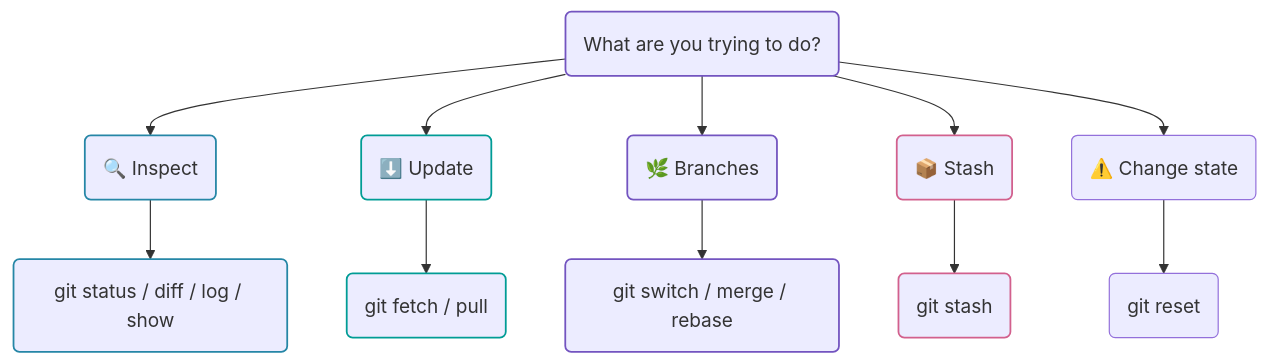
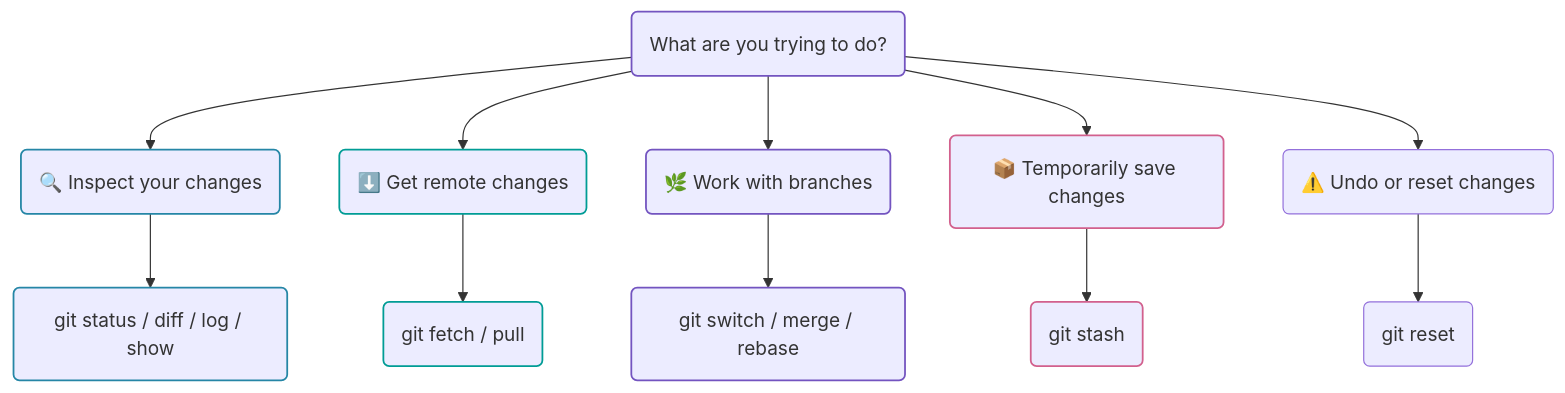
Before and after one commit to ACCESS-NRI/ACCESS-Hive-Docs: the first of 9 diagrams in docs/tutorials/git_ref.md, drawn with Mermaid. The commit also changed 1 other file, not shown here.

Commit message:
Added diagram on essentail git commands page

````diff
--- a/docs/tutorials/git_ref.md
+++ b/docs/tutorials/git_ref.md
@@ -17,40 +17,40 @@
 ```mermaid
 flowchart TD
     A("What are you trying to do?")
 
-    A --> B("🔍 Inspect")
-    A --> C("⬇️ Update")
-    A --> D("🌿 Branches")
-    A --> E("📦 Stash")
-    A --> F("⚠️ Change state")
+    A --> B("🔍 Inspect your changes")
+    A --> C("⬇️ Get remote changes")
+    A --> D("🌿 Work with branches")
+    A --> E("📦 Temporarily save changes")
+    A --> F("⚠️ Undo or reset changes")
 
     B --> B1("git status / diff / log / show")
     C --> C1("git fetch / pull")
     D --> D1("git switch / merge / rebase")
     E --> E1("git stash")
     F --> F1("git reset")
 
     click B href "#inspect-your-work" "Go to inspect your work"
     click B1 href "#inspect-your-work" "Go to inspect your work"
 
     click C href "#get-changes-from-a-remote-repository" "Go to remote updates"
     click C1 href "#get-changes-from-a-remote-repository" "Go to remote updates"
 
     click D href "#work-with-branches" "Go to branch workflows"
     click D1 href "#work-with-branches" "Go to branch workflows"
 
     click E href "#git-stash" "Go to git stash"
     click E1 href "#git-stash" "Go to git stash"
 
     classDef primary stroke:#7354C0,stroke-width:1.5px
     classDef inspect stroke:#2586A6,stroke-width:1.5px
     classDef update stroke:#009C95,stroke-width:1.5px
     classDef branch stroke:#7354C0,stroke-width:1.5px
     classDef stash stroke:#D2608D,stroke-width:1.5px
 
     class A primary
     class B,B1 inspect
     class C,C1 update
     class D,D1 branch
     class E,E1 stash
 ```
````
